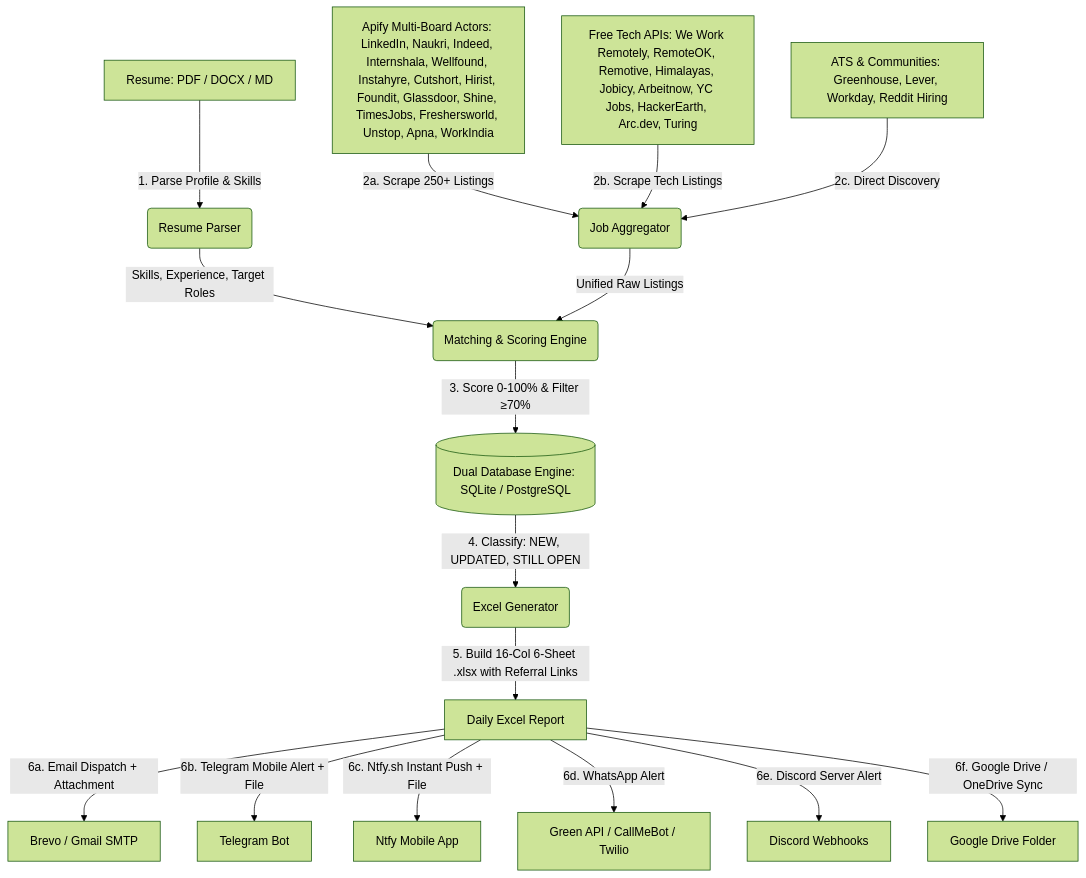
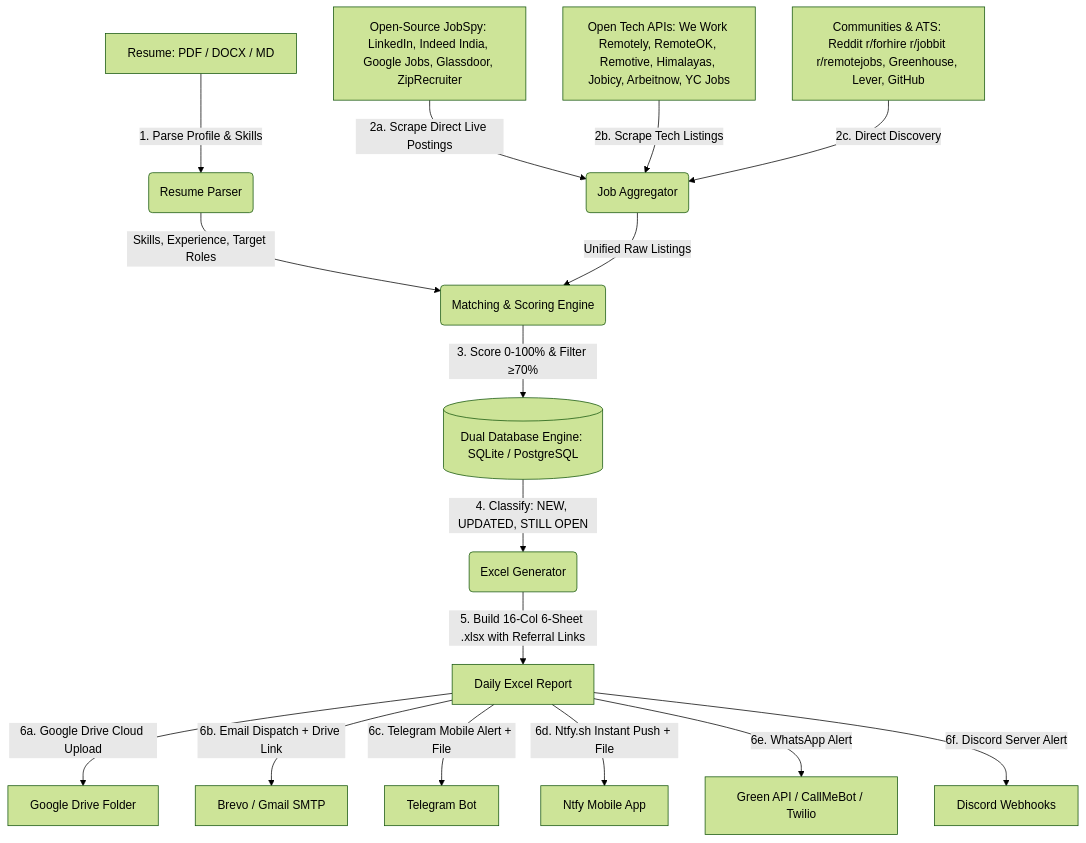
Before and after one commit to anandsrinivas98/job_finder_agent: the diagram in WORKFLOW.md, drawn with Mermaid (forest theme). The commit also changed other lines of this file and 7 other files, not shown here.

Commit message:
feat: 100% open-source multi-board job hunting agent with JobSpy, Google Drive sync, and updated workflow

````diff
--- a/WORKFLOW.md
+++ b/WORKFLOW.md
@@ -9,23 +9,23 @@
 ```mermaid
 graph TD
     A[Resume: PDF / DOCX / MD] -->|1. Parse Profile & Skills| B(Resume Parser)
     B -->|Skills, Experience, Target Roles| C(Matching & Scoring Engine)
     
-    D1[Apify Multi-Board Actors: LinkedIn, Naukri, Indeed, Internshala, Wellfound, Instahyre, Cutshort, Hirist, Foundit, Glassdoor, Shine, TimesJobs, Freshersworld, Unstop, Apna, WorkIndia] -->|2a. Scrape 250+ Listings| E(Job Aggregator)
-    D2[Free Tech APIs: We Work Remotely, RemoteOK, Remotive, Himalayas, Jobicy, Arbeitnow, YC Jobs, HackerEarth, Arc.dev, Turing] -->|2b. Scrape Tech Listings| E
-    D3[ATS & Communities: Greenhouse, Lever, Workday, Reddit Hiring] -->|2c. Direct Discovery| E
+    D1[Open-Source JobSpy: LinkedIn, Indeed India, Google Jobs, Glassdoor, ZipRecruiter] -->|2a. Scrape Direct Live Postings| E(Job Aggregator)
+    D2[Open Tech APIs: We Work Remotely, RemoteOK, Remotive, Himalayas, Jobicy, Arbeitnow, YC Jobs] -->|2b. Scrape Tech Listings| E
+    D3[Communities & ATS: Reddit r/forhire r/jobbit r/remotejobs, Greenhouse, Lever, GitHub] -->|2c. Direct Discovery| E
     
     E -->|Unified Raw Listings| C
     
     C -->|3. Score 0-100% & Filter ≥70%| F[(Dual Database Engine: SQLite / PostgreSQL)]
     F -->|4. Classify: NEW, UPDATED, STILL OPEN| G(Excel Generator)
     
     G -->|5. Build 16-Col 6-Sheet .xlsx with Referral Links| H[Daily Excel Report]
     
-    H -->|6a. Email Dispatch + Attachment| I1[Brevo / Gmail SMTP]
-    H -->|6b. Telegram Mobile Alert + File| I2[Telegram Bot]
-    H -->|6c. Ntfy.sh Instant Push + File| I3[Ntfy Mobile App]
-    H -->|6d. WhatsApp Alert| I4[Green API / CallMeBot / Twilio]
-    H -->|6e. Discord Server Alert| I5[Discord Webhooks]
-    H -->|6f. Google Drive / OneDrive Sync| I6[Google Drive Folder]
+    H -->|6a. Google Drive Cloud Upload| I0[Google Drive Folder]
+    H -->|6b. Email Dispatch + Drive Link| I1[Brevo / Gmail SMTP]
+    H -->|6c. Telegram Mobile Alert + File| I2[Telegram Bot]
+    H -->|6d. Ntfy.sh Instant Push + File| I3[Ntfy Mobile App]
+    H -->|6e. WhatsApp Alert| I4[Green API / CallMeBot / Twilio]
+    H -->|6f. Discord Server Alert| I5[Discord Webhooks]
 ```
````
